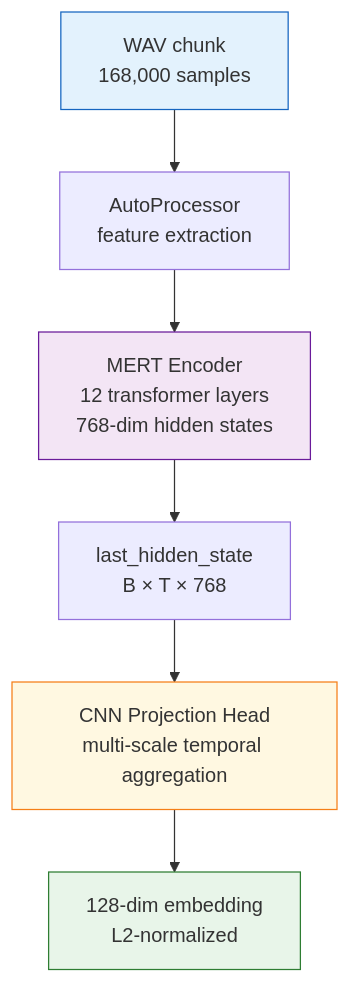
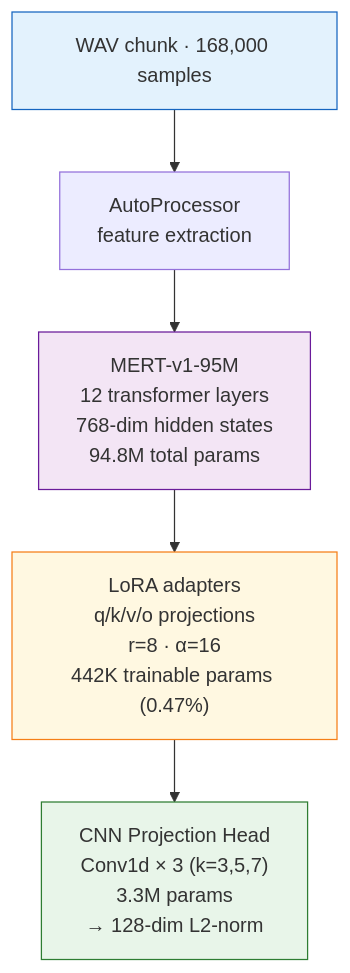
The fifth of 7 diagrams in website/docs/pipeline.md (mperumal-usd/capstone_team_3), drawn with Mermaid before and after one commit. The commit also changed other lines of this file and 1 other file, not shown here.

````diff
--- a/website/docs/pipeline.md
+++ b/website/docs/pipeline.md
@@ -109,13 +118,12 @@
 ```mermaid
 graph TD
-    A["WAV chunk\n168,000 samples"] --> B["AutoProcessor\nfeature extraction"]
-    B --> C["MERT Encoder\n12 transformer layers\n768-dim hidden states"]
-    C --> D["last_hidden_state\nB × T × 768"]
-    D --> E["CNN Projection Head\nmulti-scale temporal aggregation"]
-    E --> F["128-dim embedding\nL2-normalized"]
+    A["WAV chunk · 168,000 samples"] --> B["AutoProcessor\nfeature extraction"]
+    B --> C["MERT-v1-95M\n12 transformer layers\n768-dim hidden states\n94.8M total params"]
+    C --> D["LoRA adapters\nq/k/v/o projections\nr=8 · α=16\n442K trainable params (0.47%)"]
+    D --> E["CNN Projection Head\nConv1d × 3 (k=3,5,7)\n3.3M params\n→ 128-dim L2-norm"]
 
     style A fill:#e3f2fd,stroke:#1565c0
     style C fill:#f3e5f5,stroke:#6a1b9a
-    style E fill:#fff8e1,stroke:#f57f17
-    style F fill:#e8f5e9,stroke:#2e7d32
+    style D fill:#fff8e1,stroke:#f57f17
+    style E fill:#e8f5e9,stroke:#2e7d32
 ```
````
